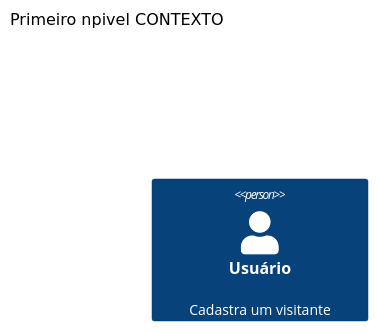
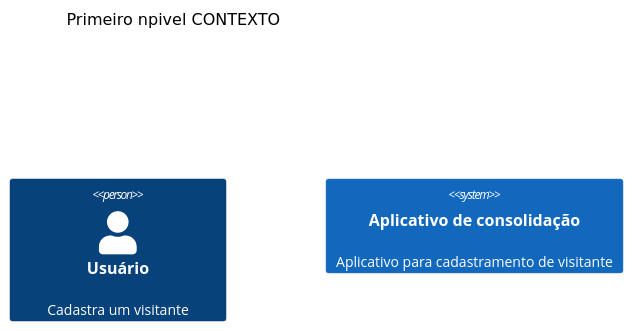
One commit to marciocadev/mermaid-github changed the diagram in README.md. Above: the diagram before and after it, drawn with Mermaid (neutral theme).

````diff
--- a/README.md
+++ b/README.md
@@ -3,7 +3,9 @@
 ```mermaid
     C4Context
       title Primeiro npivel CONTEXTO
 
       Person(user, "Usuário", "Cadastra um visitante")
+      System(system, "Aplicativo de consolidação", "Aplicativo para cadastramento de visitante")
 
+      
 ```
````
